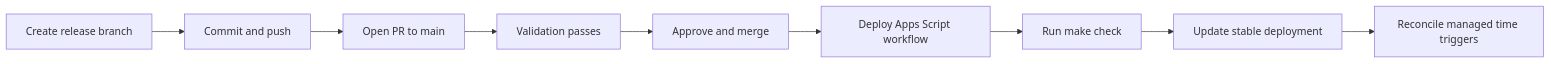
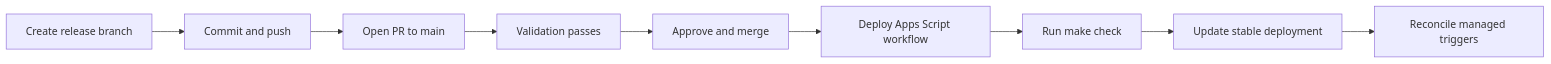
One commit to marcomc/Google-Drive-Expenses-Cataloger changed the diagram in docs/DEPLOYMENT.md. Above: the diagram before and after it, drawn with Mermaid. The commit also changed other lines of this file and 29 other files, not shown here.

````diff
--- a/docs/DEPLOYMENT.md
+++ b/docs/DEPLOYMENT.md
@@ -20,13 +21,13 @@
 ```mermaid
 flowchart LR
   accTitle: Production release promotion
   accDescr: Shows how a release branch becomes the stable Apps Script deployment.
   branch["Create release branch"] --> commit["Commit and push"]
   commit --> pr["Open PR to main"]
   pr --> validation["Validation passes"]
   validation --> approval["Approve and merge"]
   approval --> deploy["Deploy Apps Script workflow"]
   deploy --> gate["Run make check"]
   gate --> stable["Update stable deployment"]
-  stable --> triggers["Reconcile managed time triggers"]
+  stable --> triggers["Reconcile managed triggers"]
 ```
````
